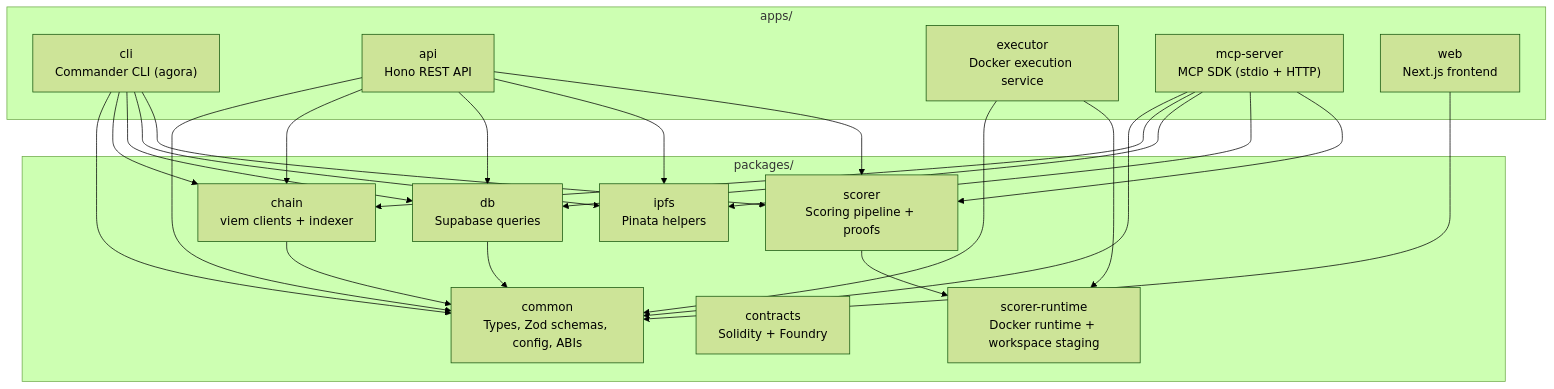
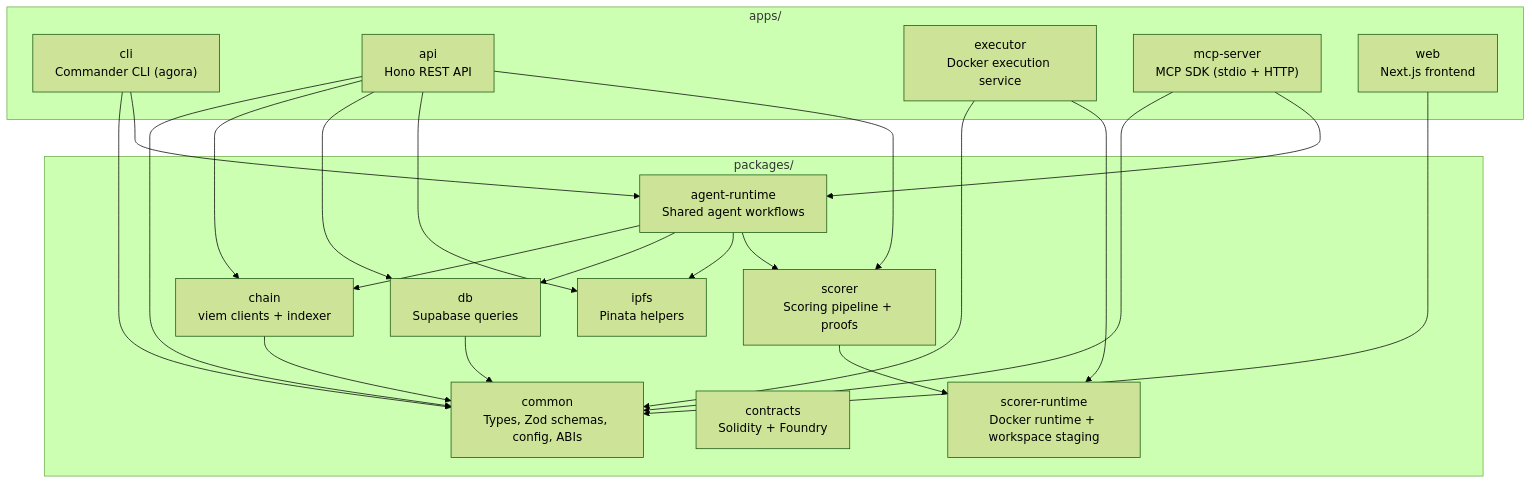
The eighth of 14 diagrams in docs/architecture.md (andymolecule/Hermes), drawn with Mermaid (forest theme) before and after one commit. The commit also changed other lines of this file and 6 other files, not shown here.

````diff
--- a/docs/architecture.md
+++ b/docs/architecture.md
@@ -401,42 +401,41 @@
 ```mermaid
 flowchart TB
     subgraph apps["apps/"]
         cli["cli<br/>Commander CLI (agora)"]
         api["api<br/>Hono REST API"]
         executor["executor<br/>Docker execution service"]
         mcp["mcp-server<br/>MCP SDK (stdio + HTTP)"]
         web["web<br/>Next.js frontend"]
     end
 
     subgraph packages["packages/"]
         common["common<br/>Types, Zod schemas, config, ABIs"]
         contracts["contracts<br/>Solidity + Foundry"]
         chain["chain<br/>viem clients + indexer"]
         db["db<br/>Supabase queries"]
         ipfs["ipfs<br/>Pinata helpers"]
         scorerRuntime["scorer-runtime<br/>Docker runtime + workspace staging"]
         scorer["scorer<br/>Scoring pipeline + proofs"]
+        agentRuntime["agent-runtime<br/>Shared agent workflows"]
     end
 
     cli --> common
-    cli --> chain
-    cli --> db
-    cli --> ipfs
-    cli --> scorer
+    cli --> agentRuntime
     api --> common
     api --> chain
     api --> db
     api --> ipfs
     api --> scorer
     executor --> common
     executor --> scorerRuntime
     mcp --> common
-    mcp --> chain
-    mcp --> db
-    mcp --> ipfs
-    mcp --> scorer
+    mcp --> agentRuntime
     web --> common
+    agentRuntime --> chain
+    agentRuntime --> db
+    agentRuntime --> ipfs
+    agentRuntime --> scorer
     scorer --> scorerRuntime
     chain --> common
     db --> common
 ```
````
